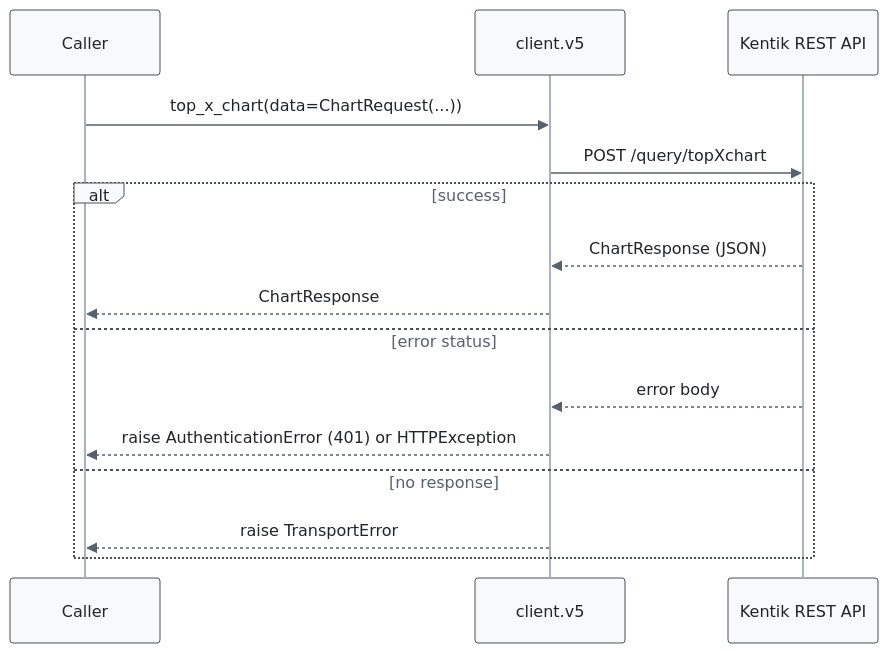
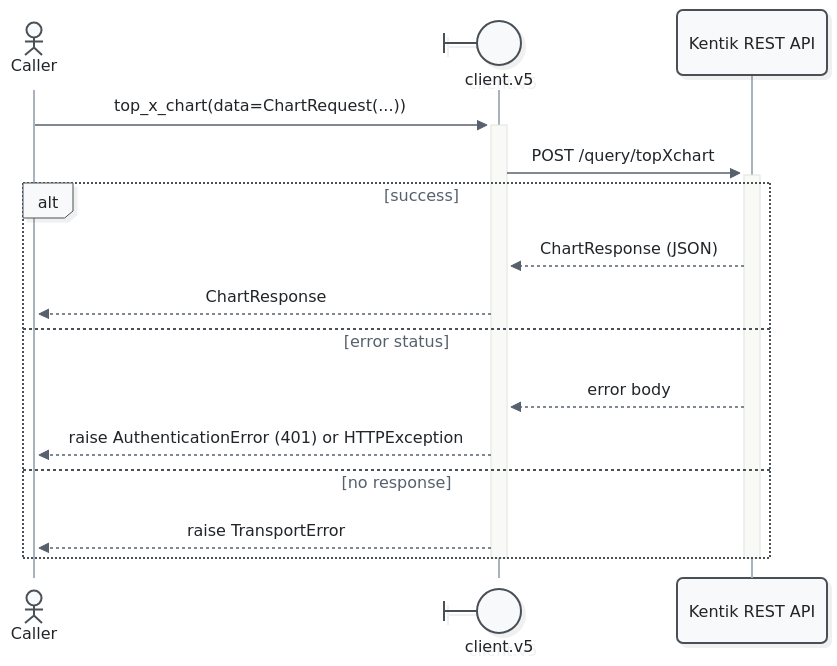
The fourth of 7 diagrams in docs/sphinx/services/v5.md (alexdearaujo/community_sdk_python), drawn with Mermaid before and after one commit. The commit also changed other lines of this file and 52 other files, not shown here.

First line of the commit message:
docs: Mermaid 12 sequence diagrams with participant types and path colors

````diff
--- a/docs/sphinx/services/v5.md
+++ b/docs/sphinx/services/v5.md
@@ -231,19 +237,21 @@
 ```mermaid
-%%{init: {"theme": "base", "fontFamily": "ui-monospace, SFMono-Regular, Menlo, monospace", "themeVariables": {"fontFamily": "ui-monospace, SFMono-Regular, Menlo, monospace", "primaryColor": "#f8f9fa", "primaryBorderColor": "#495057", "primaryTextColor": "#212529", "textColor": "#212529", "lineColor": "#77818c", "edgeLabelBackground": "#ffffff", "actorBkg": "#f8f9fa", "actorBorder": "#495057", "actorTextColor": "#212529", "actorLineColor": "#a9b3be", "signalColor": "#57616d", "signalTextColor": "#212529", "labelBoxBkgColor": "#f8f9fa", "labelBoxBorderColor": "#495057", "labelTextColor": "#212529", "loopTextColor": "#57616d", "noteBkgColor": "#fff9db", "noteBorderColor": "#f08c00", "noteTextColor": "#a35a00"}, "flowchart": {"curve": "step", "nodeSpacing": 30, "rankSpacing": 70, "wrappingWidth": 400}}}%%
+%%{init: {"theme": "redux", "look": "neo", "layout": "dagre", "fontFamily": "ui-monospace, SFMono-Regular, Menlo, monospace", "themeVariables": {"fontFamily": "ui-monospace, SFMono-Regular, Menlo, monospace", "primaryColor": "#f8f9fa", "primaryBorderColor": "#495057", "primaryTextColor": "#212529", "textColor": "#212529", "lineColor": "#77818c", "edgeLabelBackground": "#ffffff", "actorBkg": "#f8f9fa", "actorBorder": "#495057", "actorTextColor": "#212529", "actorLineColor": "#a9b3be", "signalColor": "#57616d", "signalTextColor": "#212529", "labelBoxBkgColor": "#f8f9fa", "labelBoxBorderColor": "#495057", "labelTextColor": "#212529", "loopTextColor": "#57616d", "noteBkgColor": "#fff9db", "noteBorderColor": "#f08c00", "noteTextColor": "#a35a00"}, "sequence": {"activationWidth": 16}, "flowchart": {"curve": "step", "nodeSpacing": 30, "rankSpacing": 70, "wrappingWidth": 400}}}%%
 sequenceDiagram
-    participant C as Caller
-    participant W as client.v5
+    actor C as Caller
+    participant W@{ "type": "boundary" } as client.v5
     participant API as Kentik REST API
 
-    C->>W: top_x_chart(data=ChartRequest(...))
-    W->>API: POST /query/topXchart
+    C->>+W: top_x_chart(data=ChartRequest(...))
+    W->>+API: POST /query/topXchart
     alt success
         API-->>W: ChartResponse (JSON)
         W-->>C: ChartResponse
     else error status
         API-->>W: error body
         W-->>C: raise AuthenticationError (401) or HTTPException
     else no response
         W-->>C: raise TransportError
     end
+    deactivate API
+    deactivate W
 ```
````
